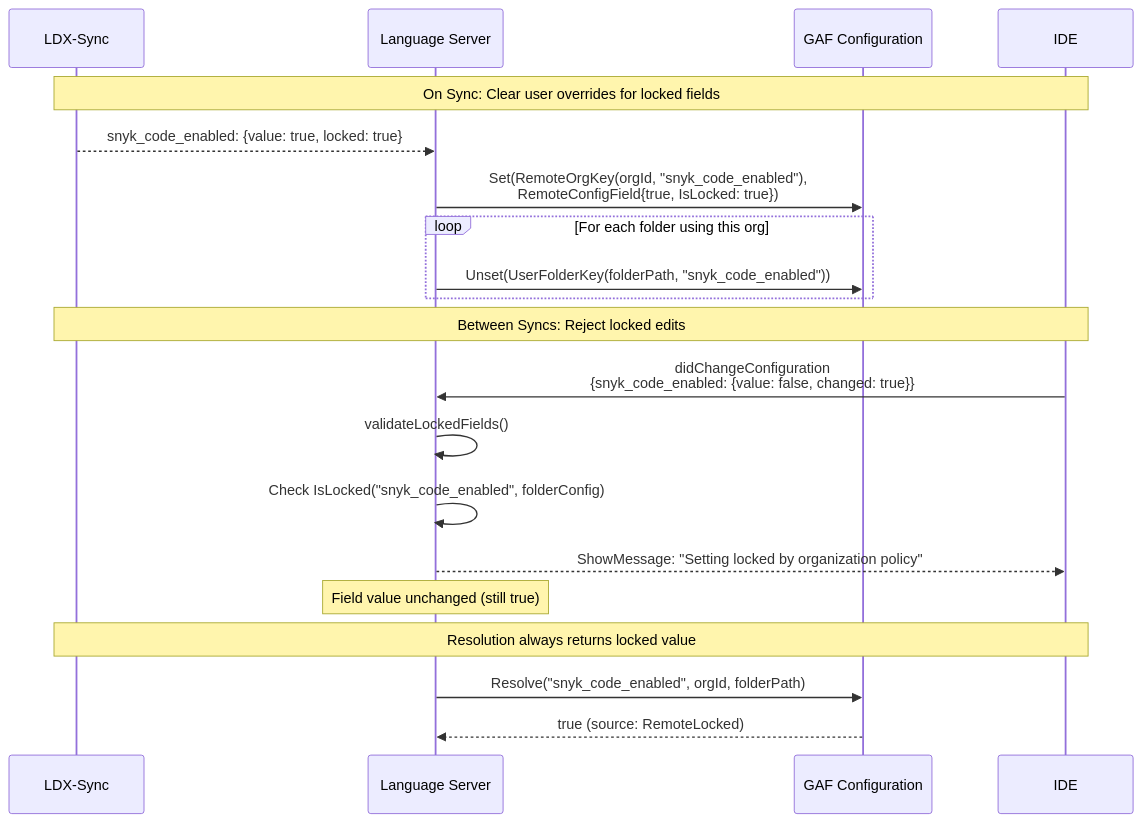
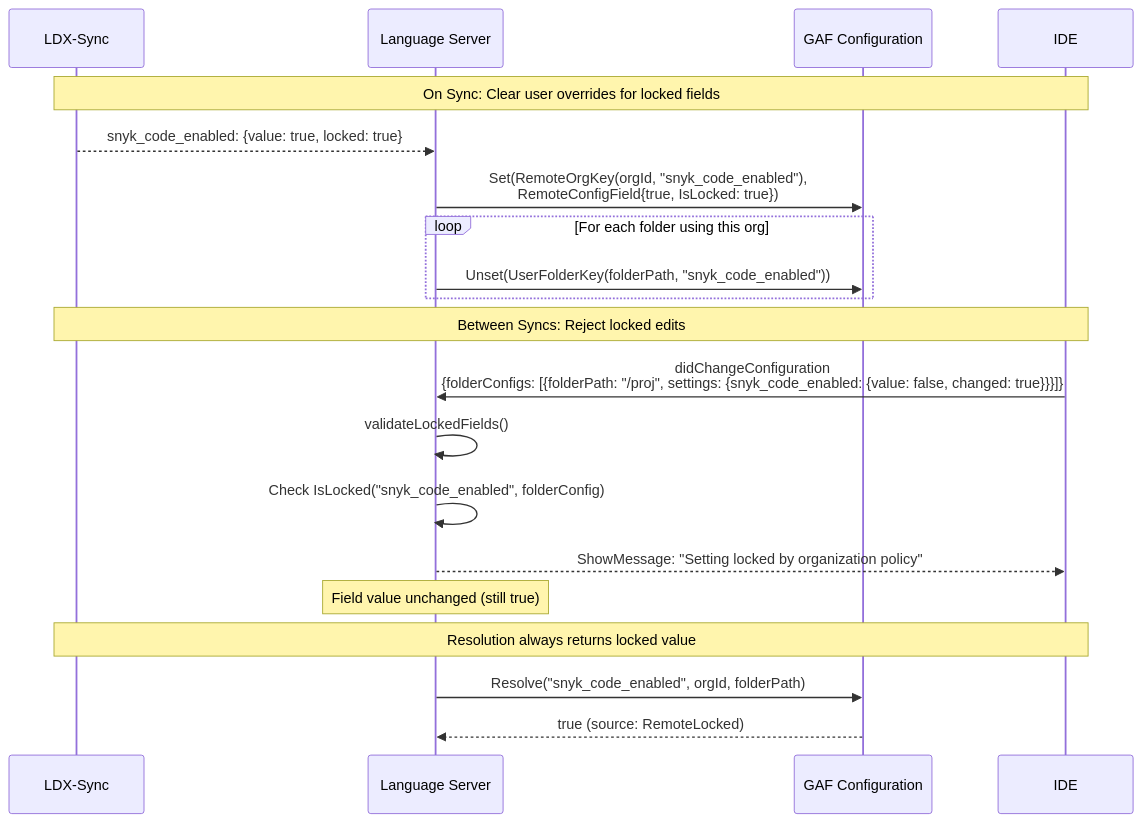
The sixth of 9 diagrams in docs/configuration.md (snyk/snyk-ls), drawn with Mermaid before and after one commit. The commit also changed other lines of this file and 4 other files, not shown here.

````diff
--- a/docs/configuration.md
+++ b/docs/configuration.md
@@ -335,25 +338,25 @@
 ```mermaid
 sequenceDiagram
     participant LDX as LDX-Sync
     participant LS as Language Server
     participant Conf as GAF Configuration
     participant IDE
 
     Note over LDX,IDE: On Sync: Clear user overrides for locked fields
     LDX-->>LS: snyk_code_enabled: {value: true, locked: true}
     LS->>Conf: Set(RemoteOrgKey(orgId, "snyk_code_enabled"),<br/>RemoteConfigField{true, IsLocked: true})
     loop For each folder using this org
         LS->>Conf: Unset(UserFolderKey(folderPath, "snyk_code_enabled"))
     end
 
     Note over LDX,IDE: Between Syncs: Reject locked edits
-    IDE->>LS: didChangeConfiguration<br/>{snyk_code_enabled: {value: false, changed: true}}
+    IDE->>LS: didChangeConfiguration<br/>{folderConfigs: [{folderPath: "/proj", settings: {snyk_code_enabled: {value: false, changed: true}}}]}
     LS->>LS: validateLockedFields()
     LS->>LS: Check IsLocked("snyk_code_enabled", folderConfig)
     LS-->>IDE: ShowMessage: "Setting locked by organization policy"
     Note over LS: Field value unchanged (still true)
 
     Note over LDX,IDE: Resolution always returns locked value
     LS->>Conf: Resolve("snyk_code_enabled", orgId, folderPath)
     Conf-->>LS: true (source: RemoteLocked)
 ```
````
